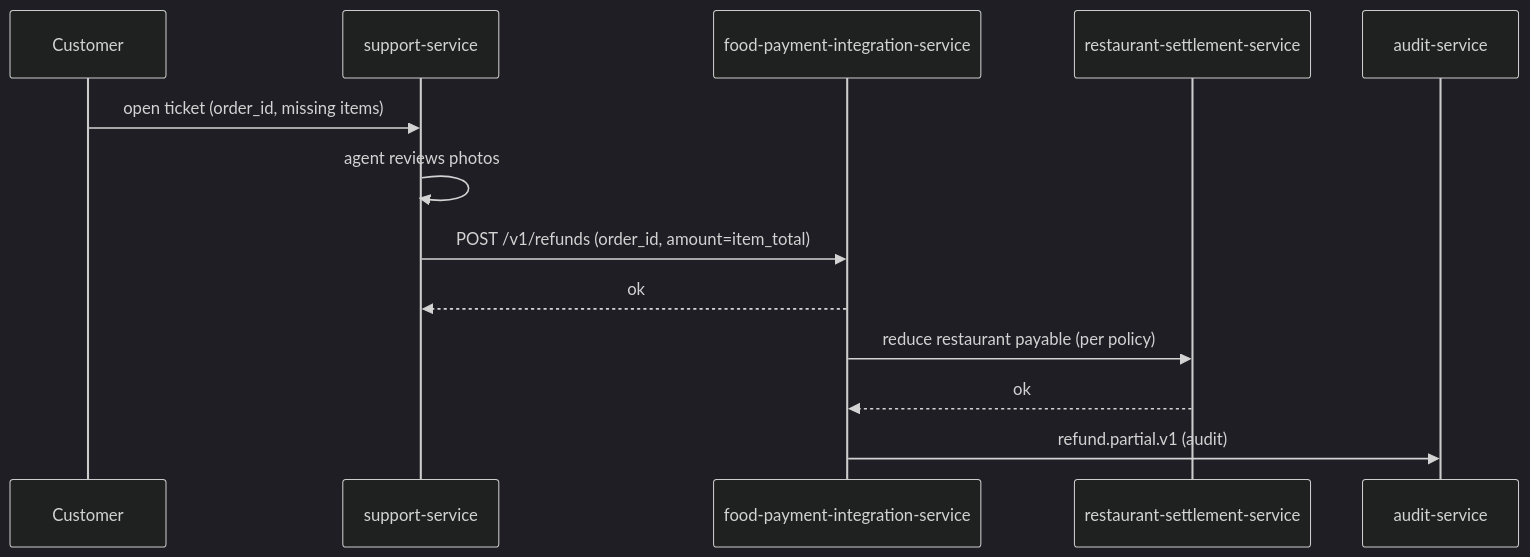
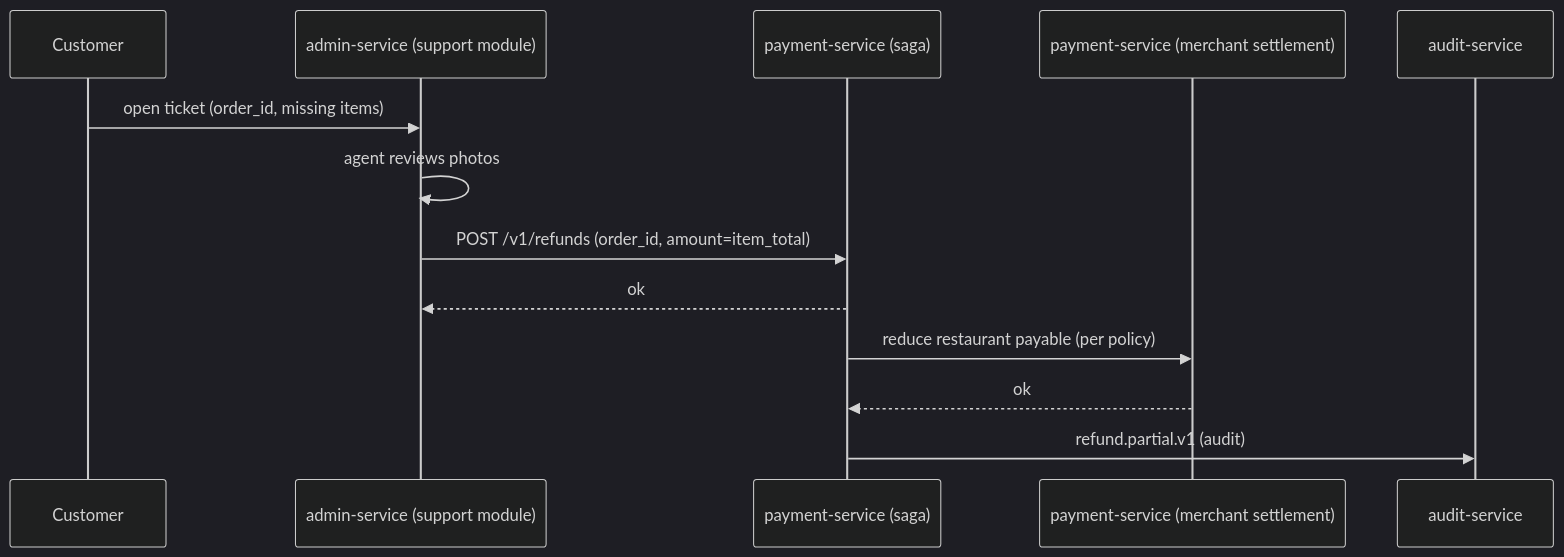
Before and after one commit to mohamedhabibwork/trips-enjoy-docs: the third of 6 diagrams in docs/workflows/REFUND_WORKFLOWS.md, drawn with Mermaid (dark theme). The commit also changed other lines of this file and 525 other files, not shown here.

````diff
--- a/docs/workflows/REFUND_WORKFLOWS.md
+++ b/docs/workflows/REFUND_WORKFLOWS.md
@@ -77,16 +80,16 @@
 ```mermaid
 sequenceDiagram
     participant C as Customer
-    participant SUP as support-service
-    participant FPI as food-payment-integration-service
-    participant RSM as restaurant-settlement-service
+    participant ADM as admin-service (support module)
+    participant SAGA as payment-service (saga)
+    participant PAY as payment-service (merchant settlement)
     participant AUD as audit-service
 
-    C->>SUP: open ticket (order_id, missing items)
-    SUP->>SUP: agent reviews photos
-    SUP->>FPI: POST /v1/refunds (order_id, amount=item_total)
-    FPI-->>SUP: ok
-    FPI->>RSM: reduce restaurant payable (per policy)
-    RSM-->>FPI: ok
-    FPI->>AUD: refund.partial.v1 (audit)
+    C->>ADM: open ticket (order_id, missing items)
+    ADM->>ADM: agent reviews photos
+    ADM->>SAGA: POST /v1/refunds (order_id, amount=item_total)
+    SAGA-->>ADM: ok
+    SAGA->>PAY: reduce restaurant payable (per policy)
+    PAY-->>SAGA: ok
+    SAGA->>AUD: refund.partial.v1 (audit)
 ```
````
